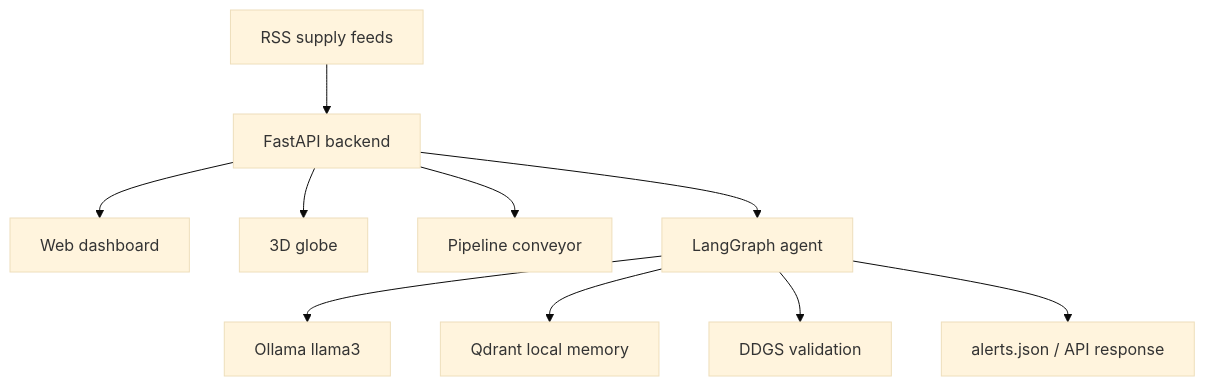
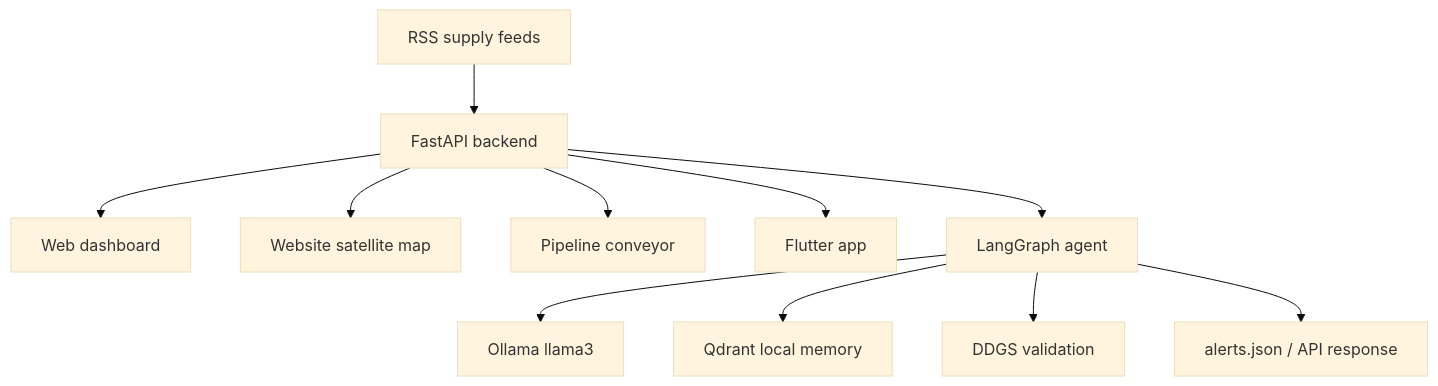
One commit to pranavmacha/Google-Solution-Challenge changed the diagram in README.md. Above: the diagram before and after it, drawn with Mermaid (base theme). The commit also changed other lines of this file and 1 other file, not shown here.

````diff
--- a/README.md
+++ b/README.md
@@ -19,12 +19,13 @@
 ```mermaid
 graph TD
     A[RSS supply feeds] --> B[FastAPI backend]
     B --> C[Web dashboard]
-    B --> D[3D globe]
+    B --> D[Website satellite map]
     B --> E[Pipeline conveyor]
-    B --> F[LangGraph agent]
-    F --> G[Ollama llama3]
-    F --> H[Qdrant local memory]
-    F --> I[DDGS validation]
-    F --> J[alerts.json / API response]
+    B --> F[Flutter app]
+    B --> G[LangGraph agent]
+    G --> H[Ollama llama3]
+    G --> I[Qdrant local memory]
+    G --> J[DDGS validation]
+    G --> K[alerts.json / API response]
 ```
````
